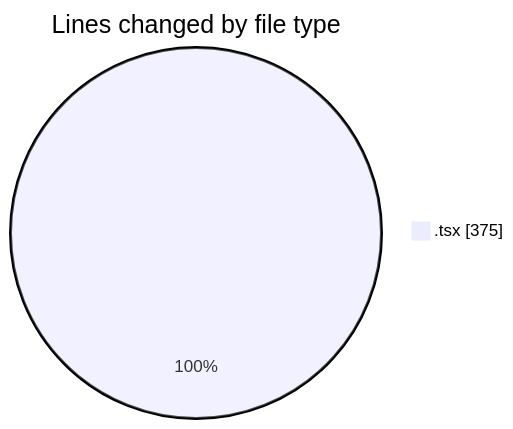
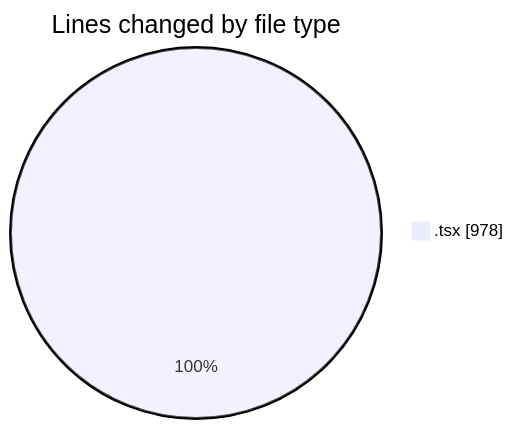
The first of 2 diagrams in 2025-05-03/niten/README.md (Elitesun/code-tracking), drawn with Mermaid before and after one commit. The commit also changed other lines of this file and 1 other file, not shown here.

````diff
--- a/2025-05-03/niten/README.md
+++ b/2025-05-03/niten/README.md
@@ -21,5 +23,5 @@
 ```mermaid
 pie showData
 title Lines changed by file type
-".tsx" : 375
+".tsx" : 978
 ```
````
